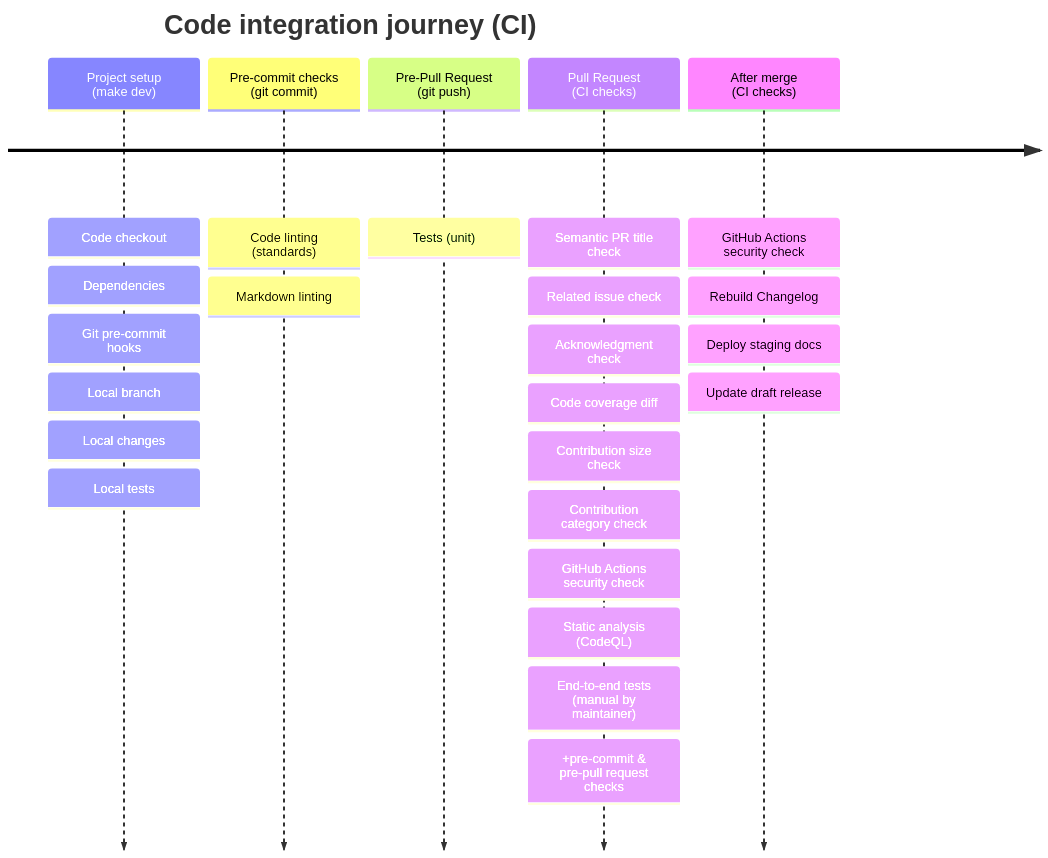
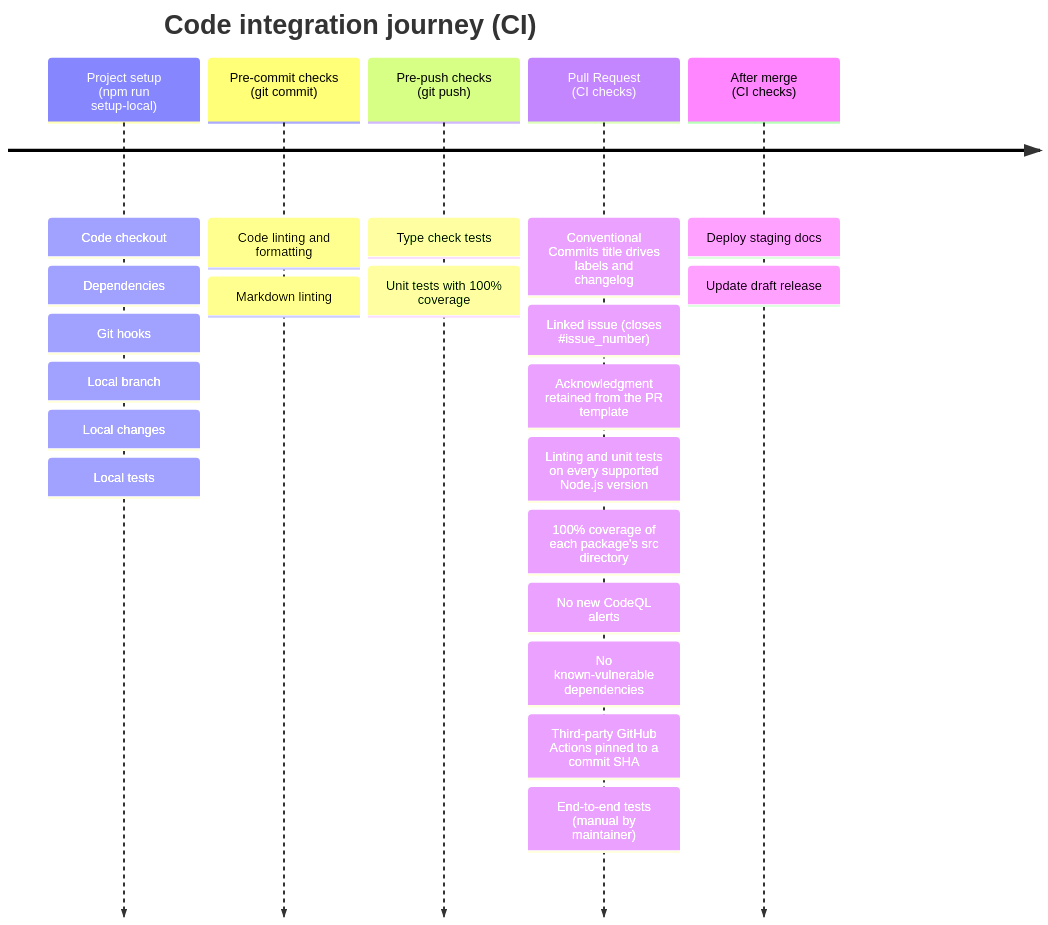
Before and after one commit to aws-powertools/powertools-lambda-typescript: the first of 2 diagrams in CONTRIBUTING.md, drawn with Mermaid. The commit also changed other lines of this file and 14 other files, not shown here.

````diff
--- a/CONTRIBUTING.md
+++ b/CONTRIBUTING.md
@@ -46,31 +70,29 @@
 ```mermaid
 timeline
     title Code integration journey (CI)
-    Project setup <br> (make dev)   : Code checkout
-                                    : Dependencies
-                                    : Git pre-commit hooks
-                                    : Local branch
-                                    : Local changes
-                                    : Local tests
+    Project setup <br> (npm run setup-local)   : Code checkout
+                                               : Dependencies
+                                               : Git hooks
+                                               : Local branch
+                                               : Local changes
+                                               : Local tests
 
-    Pre-commit checks <br> (git commit)   : Code linting (standards)
+    Pre-commit checks <br> (git commit)   : Code linting and formatting
                                           : Markdown linting
 
-    Pre-Pull Request <br> (git push)   : Tests (unit)
+    Pre-push checks <br> (git push)   : Type check tests
+                                      : Unit tests with 100% coverage
 
-    Pull Request <br> (CI checks)   : Semantic PR title check
-                                    : Related issue check
-                                    : Acknowledgment check
-                                    : Code coverage diff
-                                    : Contribution size check
-                                    : Contribution category check
-                                    : GitHub Actions security check
-                                    : Static analysis (CodeQL)
+    Pull Request <br> (CI checks)   : Conventional Commits title drives labels and changelog
+                                    : Linked issue (closes #issue_number)
+                                    : Acknowledgment retained from the PR template
+                                    : Linting and unit tests on every supported Node.js version
+                                    : 100% coverage of each package's src directory
+                                    : No new CodeQL alerts
+                                    : No known-vulnerable dependencies
+                                    : Third-party GitHub Actions pinned to a commit SHA
                                     : End-to-end tests (manual by maintainer)
-                                    : +pre-commit & pre-pull request checks
 
-    After merge <br> (CI checks)    : GitHub Actions security check
-                                    : Rebuild Changelog
-                                    : Deploy staging docs
+    After merge <br> (CI checks)    : Deploy staging docs
                                     : Update draft release
 ```
````
